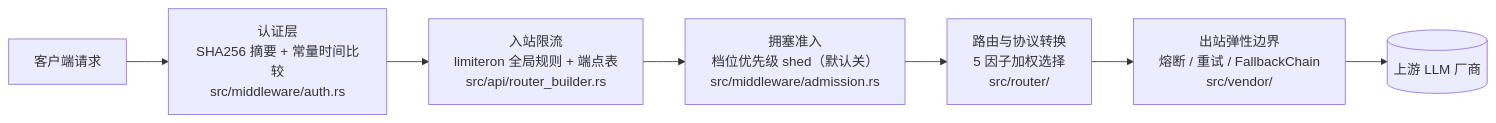
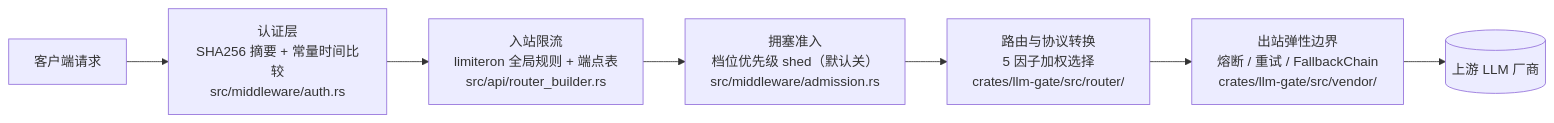
One commit to Kirky-X/fluxgate changed the diagram in docs/SECURITY.md. Above: the diagram before and after it, drawn with Mermaid. The commit also changed other lines of this file and 6 other files, not shown here.

````diff
--- a/docs/SECURITY.md
+++ b/docs/SECURITY.md
@@ -29,9 +29,9 @@
 ```mermaid
 flowchart LR
     C[客户端请求] --> A["认证层<br/>SHA256 摘要 + 常量时间比较<br/>src/middleware/auth.rs"]
     A --> RL["入站限流<br/>limiteron 全局规则 + 端点表<br/>src/api/router_builder.rs"]
     RL --> AD["拥塞准入<br/>档位优先级 shed（默认关）<br/>src/middleware/admission.rs"]
-    AD --> R["路由与协议转换<br/>5 因子加权选择<br/>src/router/"]
-    R --> O["出站弹性边界<br/>熔断 / 重试 / FallbackChain<br/>src/vendor/"]
+    AD --> R["路由与协议转换<br/>5 因子加权选择<br/>crates/llm-gate/src/router/"]
+    R --> O["出站弹性边界<br/>熔断 / 重试 / FallbackChain<br/>crates/llm-gate/src/vendor/"]
     O --> V[(上游 LLM 厂商)]
 ```
````
